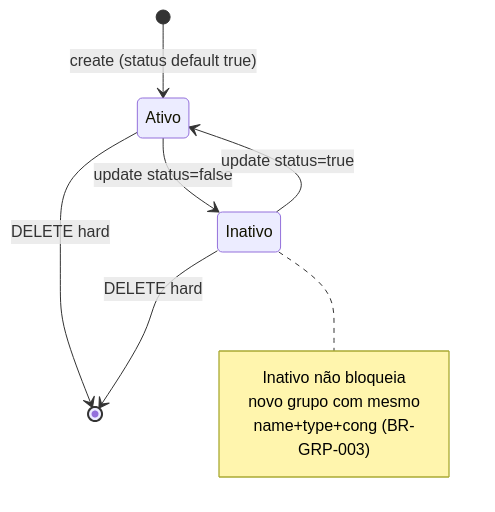
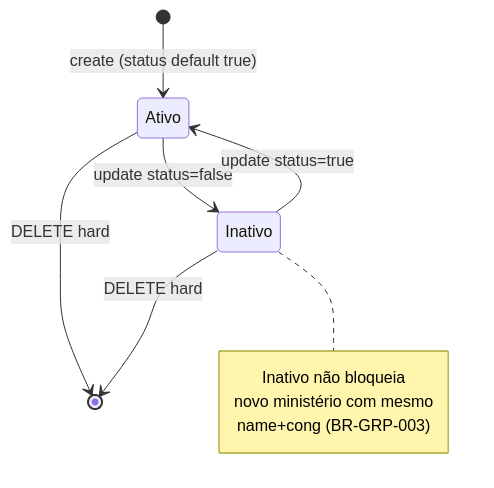
One commit to vinic-asouza/flock changed the fourth of 6 diagrams in docs/04_modulos/grupos.md. Above: the diagram before and after it, drawn with Mermaid. The commit also changed other lines of this file and 65 other files, not shown here.

````diff
--- a/docs/04_modulos/grupos.md
+++ b/docs/04_modulos/grupos.md
@@ -345,13 +356,13 @@
 ```mermaid
 stateDiagram-v2
   [*] --> Ativo: create (status default true)
   Ativo --> Inativo: update status=false
   Inativo --> Ativo: update status=true
   Ativo --> [*]: DELETE hard
   Inativo --> [*]: DELETE hard
   note right of Inativo
     Inativo não bloqueia
-    novo grupo com mesmo
-    name+type+cong (BR-GRP-003)
+    novo ministério com mesmo
+    name+cong (BR-GRP-003)
   end note
 ```
````
